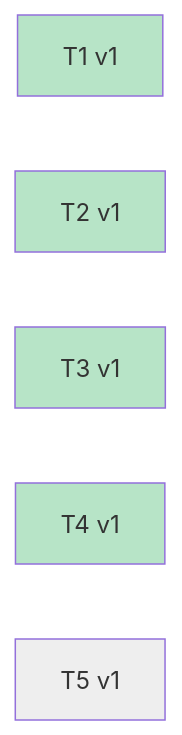
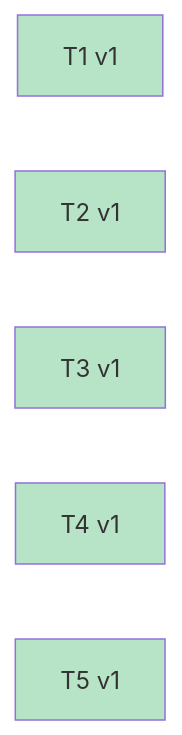
Before and after one commit to Curry09/AHE-Beta: diagram 41 of 41 in docs/specs/OVERVIEW.md, drawn with Mermaid. The commit also changed other lines of this file and 4 other files, not shown here.

````diff
--- a/docs/specs/OVERVIEW.md
+++ b/docs/specs/OVERVIEW.md
@@ -886,15 +886,14 @@
 ```mermaid
 graph LR
     v_T1_1["T1 v1"]
     v_T2_1["T2 v1"]
     v_T3_1["T3 v1"]
     v_T4_1["T4 v1"]
     v_T5_1["T5 v1"]
     classDef st_done fill:#b7e4c7;
-    classDef st_pending fill:#eeeeee;
     class v_T1_1 st_done;
     class v_T2_1 st_done;
     class v_T3_1 st_done;
     class v_T4_1 st_done;
-    class v_T5_1 st_pending;
+    class v_T5_1 st_done;
 ```
````
